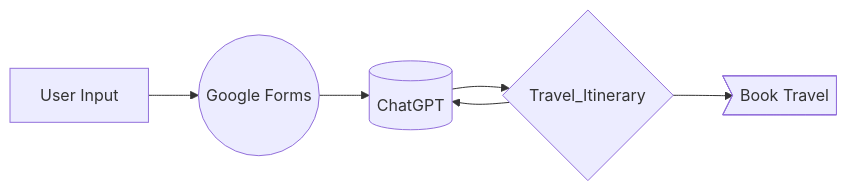
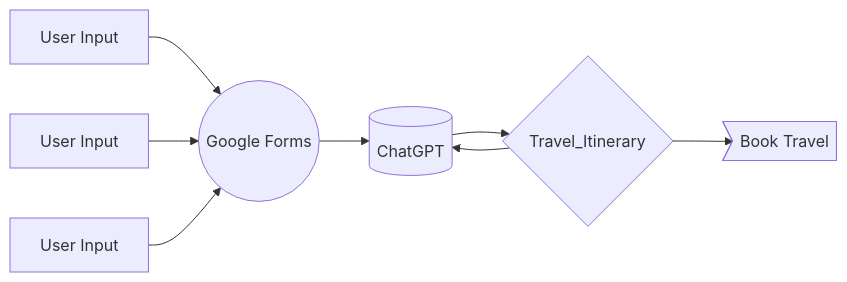
Before and after one commit to pjbrumm94/TravelApp: the diagram in README.md, drawn with Mermaid.

````diff
--- a/README.md
+++ b/README.md
@@ -7,8 +7,10 @@
 ```mermaid
 flowchart LR;
-  user[User Input]-->In
+  userA[User Input]-->In
+  userB[User Input]-->In
+  userC[User Input]-->In
   In((Google Forms))-->LLM[(ChatGPT)];
   LLM-->Iti{Travel_Itinerary};
   Iti-->LLM;
   Iti-->Trav>Book Travel]
 ```
````
